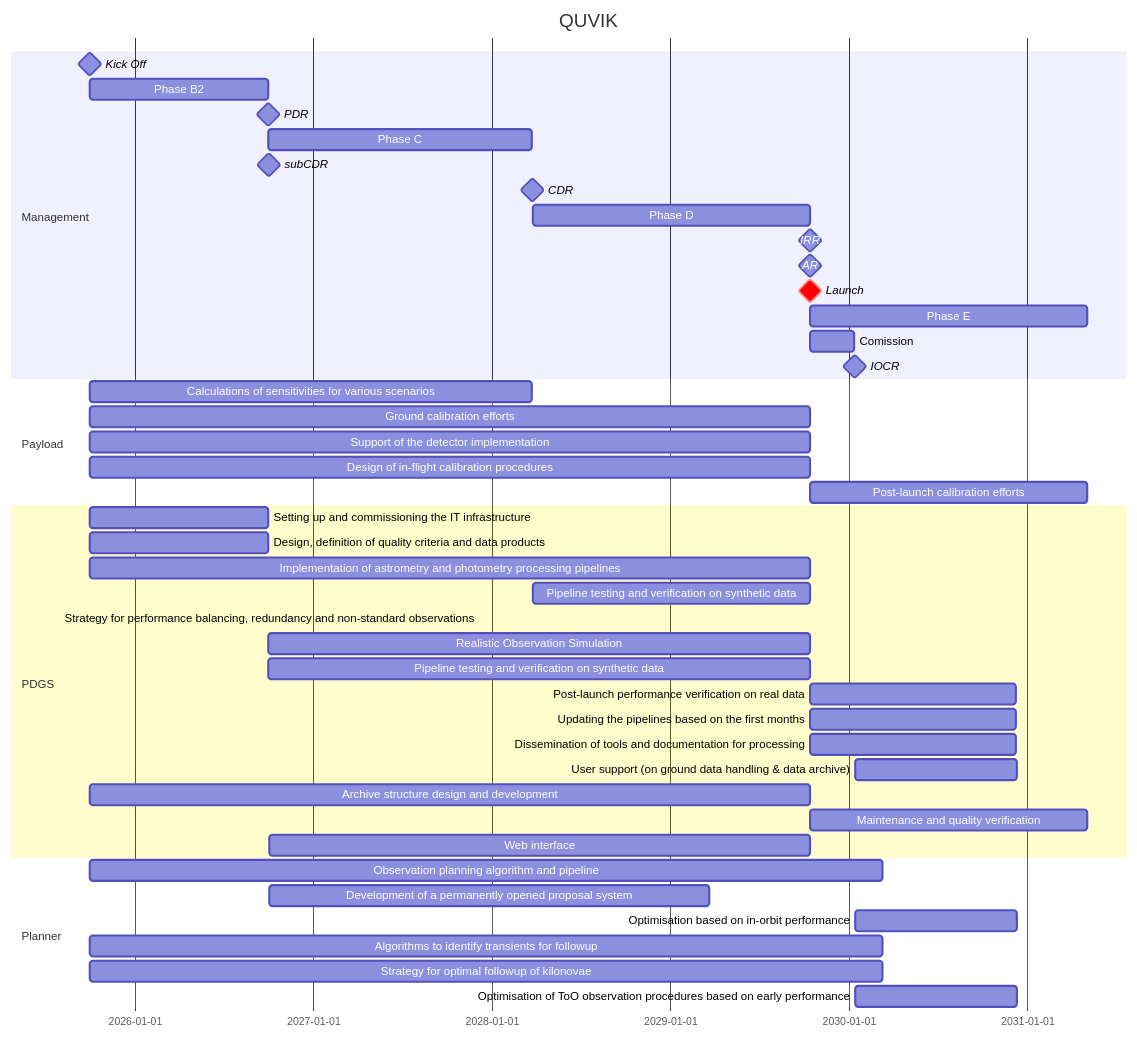
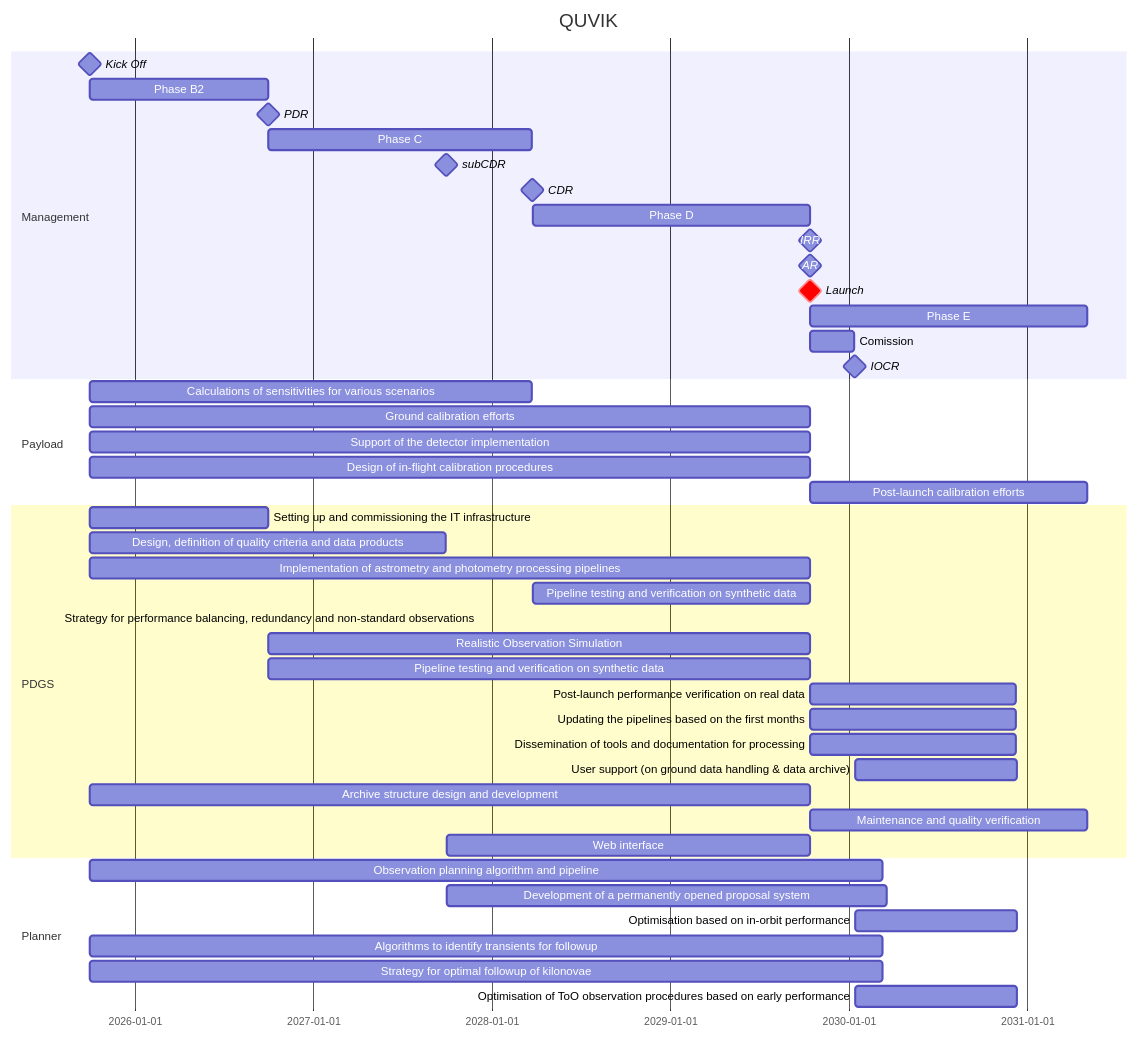
The diagram in calib/Block.md (limu007/quvik), drawn with Mermaid before and after one commit.

````diff
--- a/calib/Block.md
+++ b/calib/Block.md
@@ -3,50 +3,50 @@
 ```mermaid
 gantt
     title QUVIK
     dateFormat  YYYY-MM-DD
     section Management
     Kick Off : milestone, m1, 2025-09-31, 1d
     Phase B2 : b2, after m1, 52w
     PDR : milestone, pdr, after b2, 1d
     Phase C : c1, after pdr, 77w
-    subCDR :  milestone, sc1, after pdr + 52w, 1d
+    subCDR :  milestone, sc1, after des, 1d
     CDR : milestone, cdr, after c1, 1d
     Phase D : d1, after cdr, 81w
     IRR : milestone, irr, after d1, 1d
     AR : milestone, ar, after d1, 1d
     Launch : crit, milestone, frr, after d1, 1d
     Phase E : e1, after frr, 81w
     Comission : e2, after frr, 13w
     IOCR : milestone, iocr, after e2, 1d
 
     section Payload
     Calculations of sensitivities for various scenarios :  after m1 , until cdr
     Ground calibration efforts :  after m1 , until ar
     Support of the detector implementation :  after m1 , until ar 
     Design of in-flight calibration procedures :  after m1 , until frr
     Post-launch calibration efforts :  after frr , 81w 
 
     section PDGS
     Setting up and commissioning the IT infrastructure : after m1, until pdr
-    Design, definition of quality criteria and data products : 	after m1	, until sc1
+    Design, definition of quality criteria and data products : 	des, after m1	, 104w
     Implementation of astrometry and photometry processing pipelines : 	after m1 , until irr
     Pipeline testing and verification on synthetic data : pp, after cdr, until frr
     Strategy for performance balancing, redundancy and non-standard observations :  after m1 , until arr
     Realistic Observation Simulation :  after pdr , until ar
     Pipeline testing and verification on synthetic data :  after pdr , until frr
     Post-launch performance verification on real data :  after frr , 420d
     Updating the pipelines based on the first months :  after frr , 420d
     Dissemination of tools and documentation for processing :  after frr , 420d
      User support (on ground data handling & data archive) :  after iocr , 330d
      Archive structure design and development :  after m1 , until frr
      Maintenance and quality verification :  after ar , 81w
      Web interface :  after sc1 , until frr
 
     section Planner
     Observation planning algorithm and pipeline :  after m1 , 1620d
     Development of a permanently opened proposal system :  after sc1 , 900d
     Optimisation based on in-orbit performance :  after iocr , 330d
     Algorithms to identify transients for followup :  after m1 , 1620d
     Strategy for optimal followup of kilonovae :  after m1 , 1620d
     Optimisation of ToO observation procedures based on early performance :  after iocr , 330d
 ```
````
